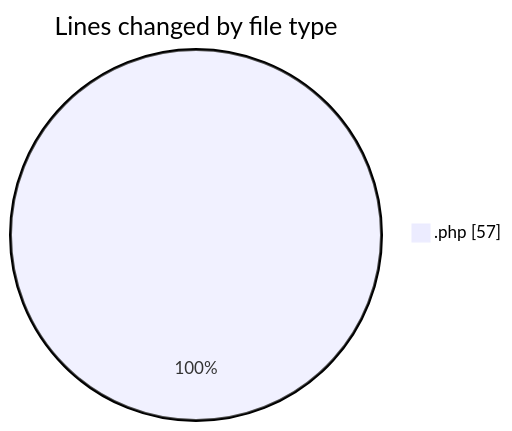
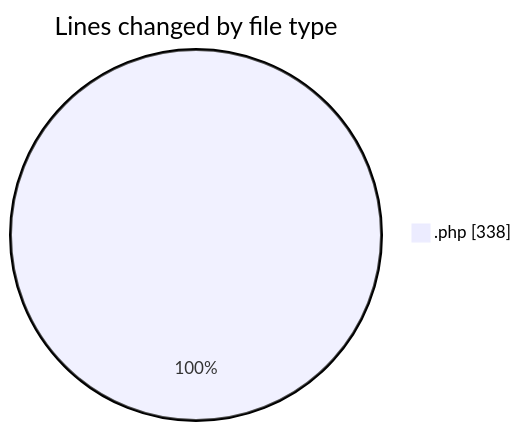
Before and after one commit to idhammustaqopulfikri/code-tracking: the first of 2 diagrams in 2026-01-09/uas/README.md, drawn with Mermaid. The commit also changed other lines of this file and 1 other file, not shown here.

````diff
--- a/2026-01-09/uas/README.md
+++ b/2026-01-09/uas/README.md
@@ -20,5 +21,5 @@
 ```mermaid
 pie showData
 title Lines changed by file type
-".php" : 57
+".php" : 338
 ```
````
